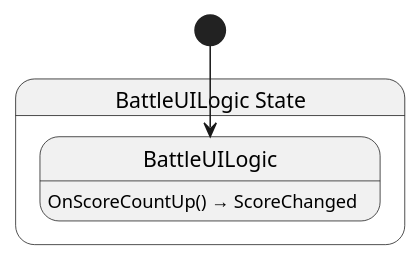
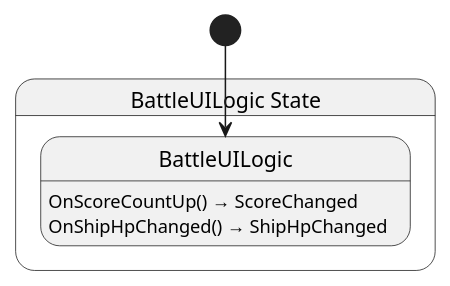
Before and after one commit to Ygoat/EternalJourney: the diagram in src/battle_ui/state/BattleUILogic.g.puml, drawn with PlantUML. The commit also changed 12 other files, not shown here.

```diff
--- a/src/battle_ui/state/BattleUILogic.g.puml
+++ b/src/battle_ui/state/BattleUILogic.g.puml
@@ -1,8 +1,9 @@
 @startuml BattleUILogic
 state "BattleUILogic State" as EternalJourney_BattleUI_State_BattleUILogic_State {
   state "BattleUILogic" as EternalJourney_BattleUI_State_BattleUILogic_State_BattleUILogic
 }
 EternalJourney_BattleUI_State_BattleUILogic_State_BattleUILogic : OnScoreCountUp() → ScoreChanged
+EternalJourney_BattleUI_State_BattleUILogic_State_BattleUILogic : OnShipHpChanged() → ShipHpChanged
 
 [*] --> EternalJourney_BattleUI_State_BattleUILogic_State_BattleUILogic
 @enduml
```
